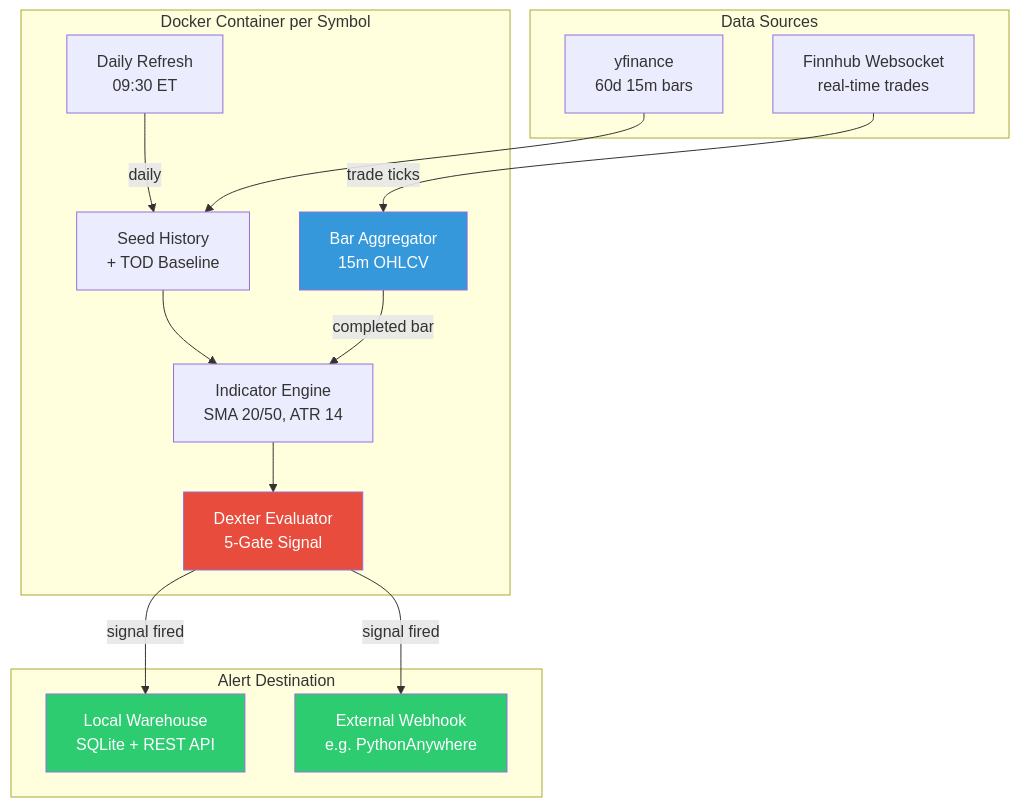
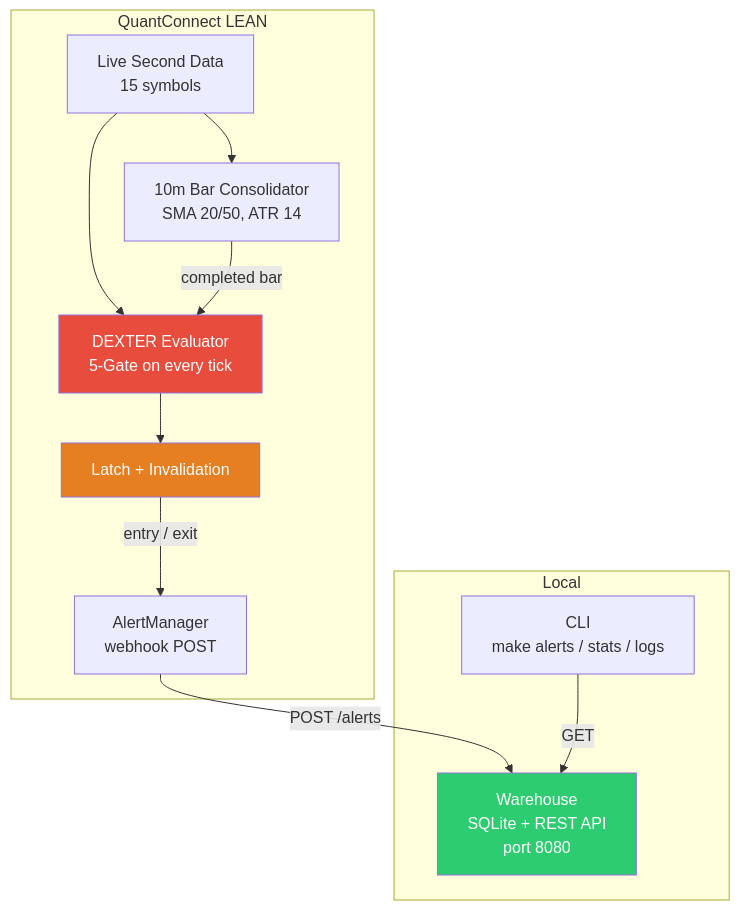
Before and after one commit to blik616287/dexter: the diagram in README.md, drawn with Mermaid. The commit also changed other lines of this file and 1888 other files, not shown here.

Commit message:
blik616287--IN-1899--lean integration into dipsea dexter

````diff
--- a/README.md
+++ b/README.md
@@ -21,34 +32,27 @@
 ```mermaid
 graph TB
-    subgraph Data Sources
-        YF[yfinance<br/>60d 15m bars]
-        FH[Finnhub Websocket<br/>real-time trades]
+    subgraph QuantConnect LEAN
+        DATA[Live Second Data<br/>15 symbols]
+        CONS[10m Bar Consolidator<br/>SMA 20/50, ATR 14]
+        EVAL[DEXTER Evaluator<br/>5-Gate on every tick]
+        LATCH[Latch + Invalidation]
+        AM[AlertManager<br/>webhook POST]
     end
 
-    subgraph Docker Container per Symbol
-        SEED[Seed History<br/>+ TOD Baseline]
-        AGG[Bar Aggregator<br/>15m OHLCV]
-        IND[Indicator Engine<br/>SMA 20/50, ATR 14]
-        EVAL[Dexter Evaluator<br/>5-Gate Signal]
-        REFRESH[Daily Refresh<br/>09:30 ET]
+    subgraph Local
+        WH[Warehouse<br/>SQLite + REST API<br/>port 8080]
+        CLI[CLI<br/>make alerts / stats / logs]
     end
 
-    subgraph Alert Destination
-        WH_LOCAL[Local Warehouse<br/>SQLite + REST API]
-        WH_EXT[External Webhook<br/>e.g. PythonAnywhere]
-    end
-
-    YF --> SEED
-    SEED --> IND
-    FH -->|trade ticks| AGG
-    AGG -->|completed bar| IND
-    IND --> EVAL
-    EVAL -->|signal fired| WH_LOCAL
-    EVAL -->|signal fired| WH_EXT
-    REFRESH -->|daily| SEED
+    DATA --> EVAL
+    DATA --> CONS
+    CONS -->|completed bar| EVAL
+    EVAL --> LATCH
+    LATCH -->|entry / exit| AM
+    AM -->|POST /alerts| WH
+    CLI -->|GET| WH
 
     style EVAL fill:#e74c3c,color:#fff
-    style AGG fill:#3498db,color:#fff
-    style WH_LOCAL fill:#2ecc71,color:#fff
-    style WH_EXT fill:#2ecc71,color:#fff
+    style LATCH fill:#e67e22,color:#fff
+    style WH fill:#2ecc71,color:#fff
 ```
````
